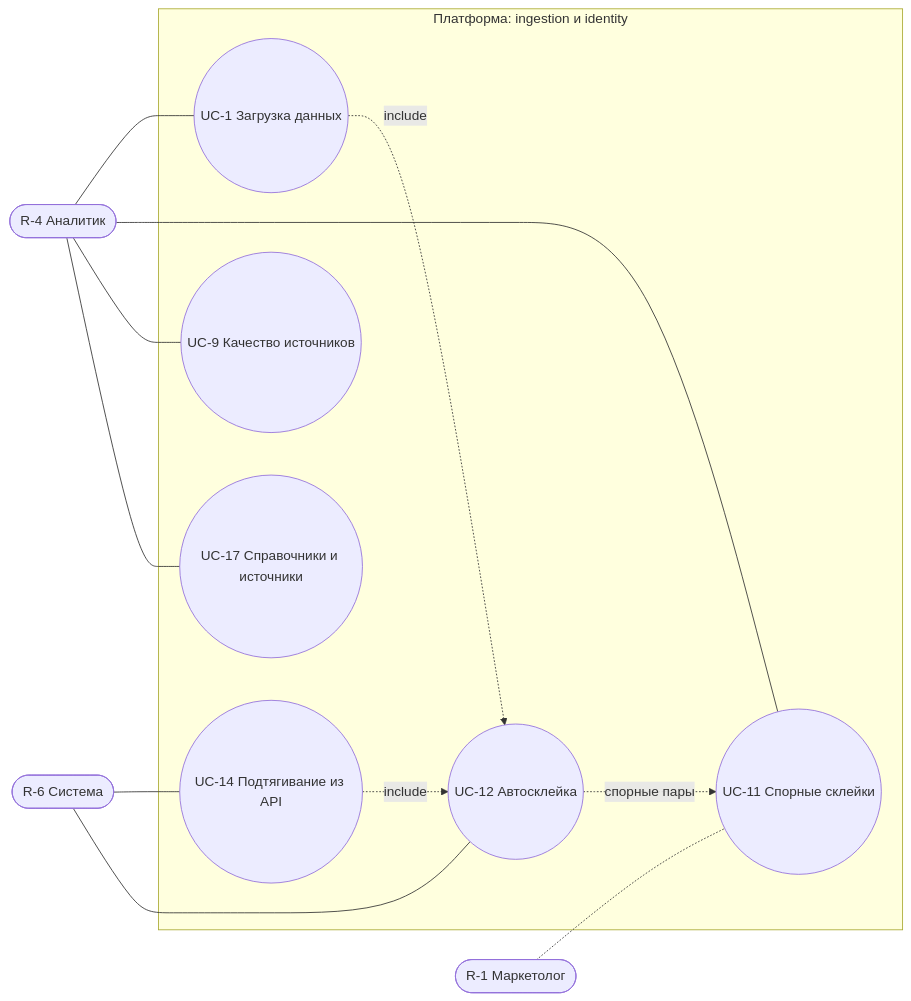
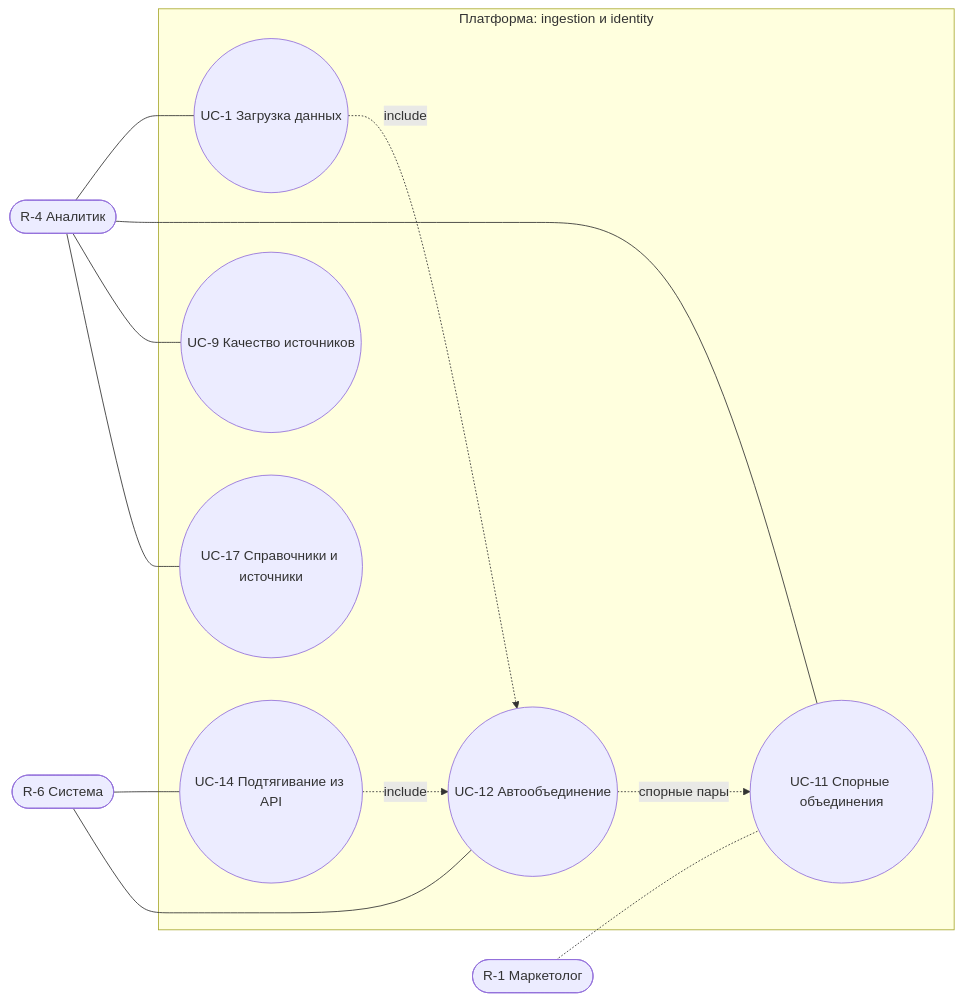
One commit to MangriMen/UCRP changed the first of 3 diagrams in docs/requirements/03-use-cases.md. Above: the diagram before and after it, drawn with Mermaid. The commit also changed other lines of this file and 41 other files, not shown here.

````diff
--- a/docs/requirements/03-use-cases.md
+++ b/docs/requirements/03-use-cases.md
@@ -7,24 +7,24 @@
 ```mermaid
 flowchart LR
   R4(["R-4 Аналитик"])
   R6(["R-6 Система"])
   R1(["R-1 Маркетолог"])
   subgraph P["Платформа: ingestion и identity"]
     UC1(("UC-1 Загрузка данных"))
     UC14(("UC-14 Подтягивание из API"))
-    UC12(("UC-12 Автосклейка"))
-    UC11(("UC-11 Спорные склейки"))
+    UC12(("UC-12 Автообъединение"))
+    UC11(("UC-11 Спорные объединения"))
     UC9(("UC-9 Качество источников"))
     UC17(("UC-17 Справочники и источники"))
   end
   R4 --- UC1
   R4 --- UC11
   R4 --- UC9
   R4 --- UC17
   R1 -.- UC11
   R6 --- UC14
   R6 --- UC12
   UC1 -.->|include| UC12
   UC14 -.->|include| UC12
   UC12 -.->|спорные пары| UC11
 ```
````
